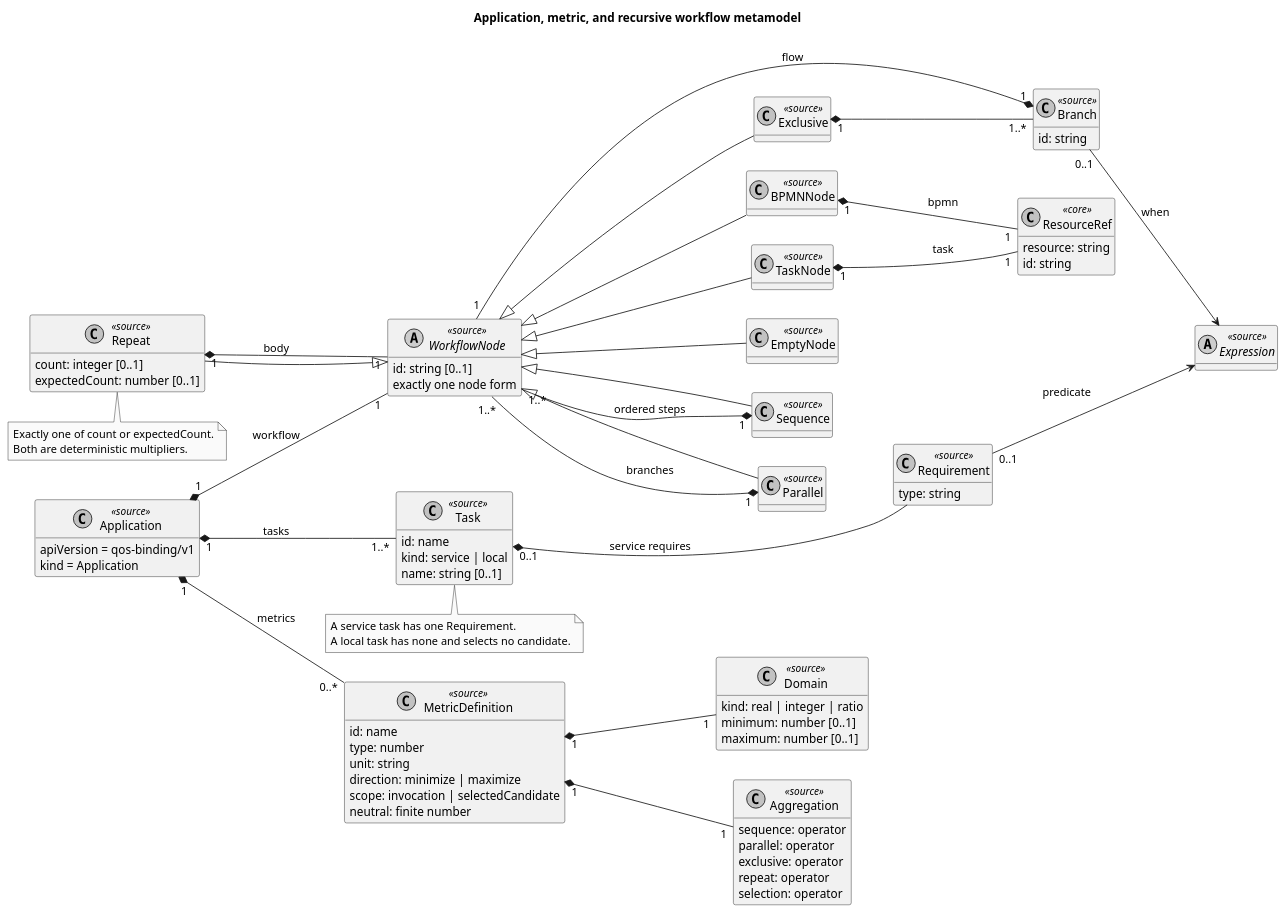
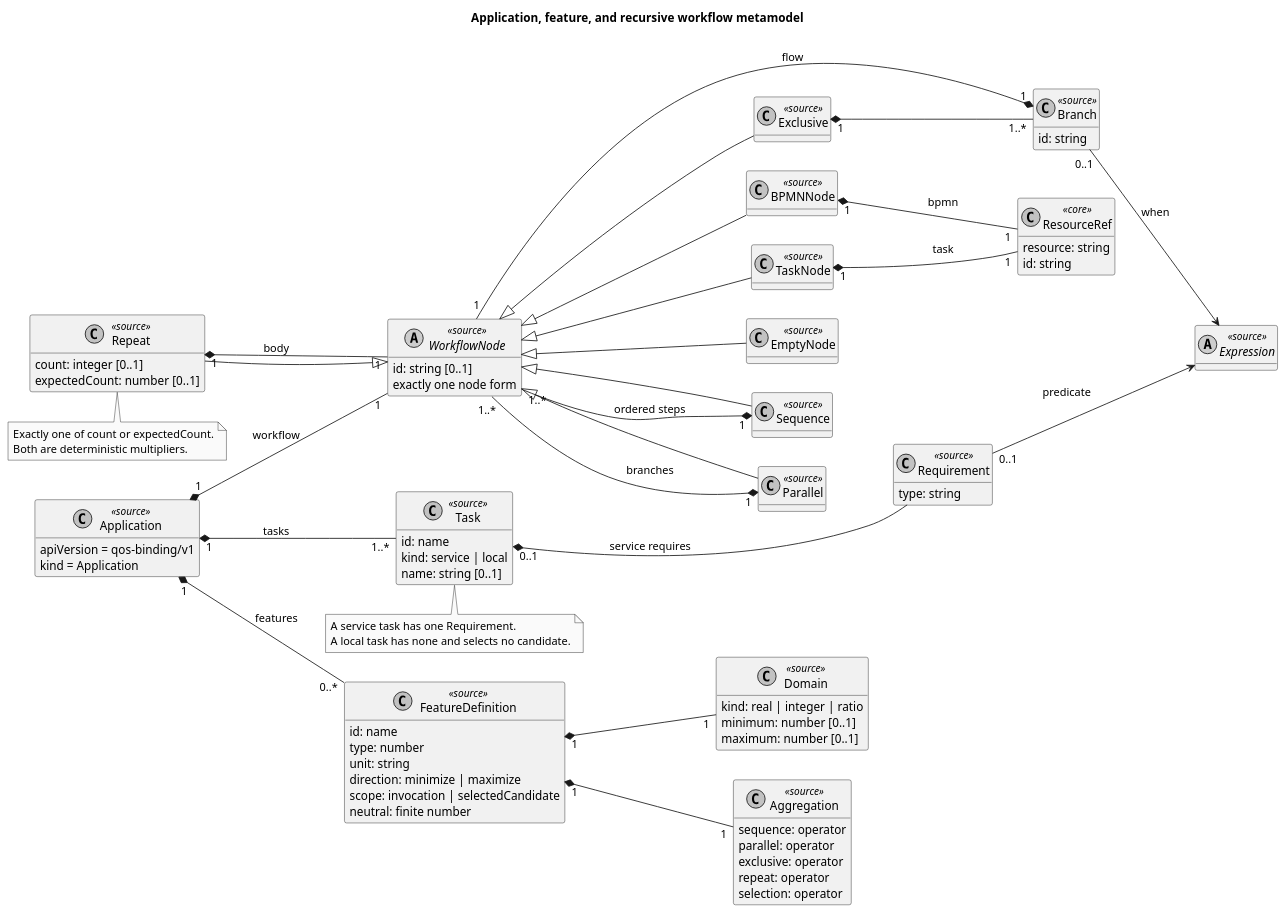
The diagram in docs/models/plantuml/02-application-workflow.puml (isa-group/OpenBinding), drawn with PlantUML before and after one commit. The commit also changed 398 other files, not shown here.

First line of the commit message:
refactor(bim): migrate metrics to features across schemas, compiler, engines, and corpus

```diff
--- a/docs/models/plantuml/02-application-workflow.puml
+++ b/docs/models/plantuml/02-application-workflow.puml
@@ -1,96 +1,96 @@
 @startuml
-title Application, metric, and recursive workflow metamodel
+title Application, feature, and recursive workflow metamodel
 left to right direction
 hide methods
 skinparam monochrome true
 skinparam shadowing false
 skinparam classAttributeIconSize 0
 
 class Application <<source>> {
   apiVersion = qos-binding/v1
   kind = Application
 }
 class Task <<source>> {
   id: name
   kind: service | local
   name: string [0..1]
 }
 class Requirement <<source>> {
   type: string
 }
-class MetricDefinition <<source>> {
+class FeatureDefinition <<source>> {
   id: name
   type: number
   unit: string
   direction: minimize | maximize
   scope: invocation | selectedCandidate
   neutral: finite number
 }
 class Domain <<source>> {
   kind: real | integer | ratio
   minimum: number [0..1]
   maximum: number [0..1]
 }
 class Aggregation <<source>> {
   sequence: operator
   parallel: operator
   exclusive: operator
   repeat: operator
   selection: operator
 }
 abstract class WorkflowNode <<source>> {
   id: string [0..1]
   exactly one node form
 }
 class TaskNode <<source>>
 class EmptyNode <<source>>
 class Sequence <<source>>
 class Parallel <<source>>
 class Exclusive <<source>>
 class Repeat <<source>> {
   count: integer [0..1]
   expectedCount: number [0..1]
 }
 class BPMNNode <<source>>
 class Branch <<source>> {
   id: string
 }
 class ResourceRef <<core>> {
   resource: string
   id: string
 }
 abstract class Expression <<source>>
 
 Application "1" *-- "1..*" Task : tasks
-Application "1" *-- "0..*" MetricDefinition : metrics
+Application "1" *-- "0..*" FeatureDefinition : features
 Application "1" *-- "1" WorkflowNode : workflow
 Task "0..1" *-- Requirement : service requires
 Requirement "0..1" --> Expression : predicate
-MetricDefinition "1" *-- "1" Domain
-MetricDefinition "1" *-- "1" Aggregation
+FeatureDefinition "1" *-- "1" Domain
+FeatureDefinition "1" *-- "1" Aggregation
 
 WorkflowNode <|-- TaskNode
 WorkflowNode <|-- EmptyNode
 WorkflowNode <|-- Sequence
 WorkflowNode <|-- Parallel
 WorkflowNode <|-- Exclusive
 WorkflowNode <|-- Repeat
 WorkflowNode <|-- BPMNNode
 TaskNode "1" *-- "1" ResourceRef : task
 BPMNNode "1" *-- "1" ResourceRef : bpmn
 Sequence "1" *-- "1..*" WorkflowNode : ordered steps
 Parallel "1" *-- "1..*" WorkflowNode : branches
 Exclusive "1" *-- "1..*" Branch
 Branch "1" *-- "1" WorkflowNode : flow
 Branch "0..1" --> Expression : when
 Repeat "1" *-- "1" WorkflowNode : body
 
 note bottom of Repeat
   Exactly one of count or expectedCount.
   Both are deterministic multipliers.
 end note
 note bottom of Task
   A service task has one Requirement.
   A local task has none and selects no candidate.
 end note
 @enduml
```
